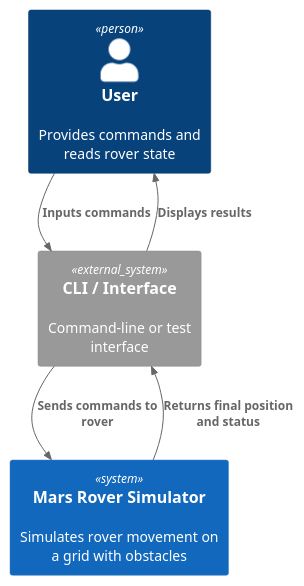
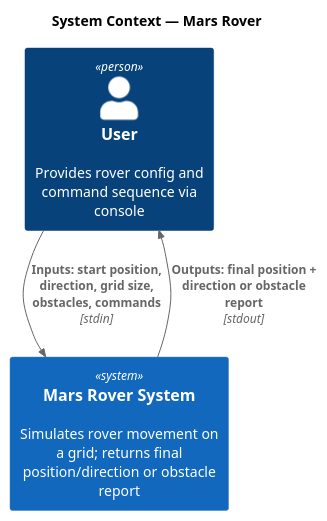
Before and after one commit to jglintic/sdp-powered-by-ai-agents-jovan-glintic: the diagram in architecture/diagrams/c4-context.puml, drawn with PlantUML. The commit also changed 24 other files, not shown here.

Commit message:
#4 docs(architecture): add arc42 documentation and C4 diagrams

```diff
--- a/architecture/diagrams/c4-context.puml
+++ b/architecture/diagrams/c4-context.puml
@@ -1,17 +1,12 @@
 @startuml c4-context
-
-' C4-PlantUML include
 !include https://raw.githubusercontent.com/plantuml-stdlib/C4-PlantUML/master/C4_Context.puml
 
-Person(user, "User", "Provides commands and reads rover state")
+title System Context — Mars Rover
 
-System(system, "Mars Rover Simulator", "Simulates rover movement on a grid with obstacles")
+Person(user, "User", "Provides rover config and command sequence via console")
+System(rover, "Mars Rover System", "Simulates rover movement on a grid; returns final position/direction or obstacle report")
 
-System_Ext(cli, "CLI / Interface", "Command-line or test interface")
-
-Rel(user, cli, "Inputs commands")
-Rel(cli, system, "Sends commands to rover")
-Rel(system, cli, "Returns final position and status")
-Rel(cli, user, "Displays results")
+Rel(user, rover, "Inputs: start position, direction, grid size, obstacles, commands", "stdin")
+Rel(rover, user, "Outputs: final position + direction or obstacle report", "stdout")
 
 @enduml
```
